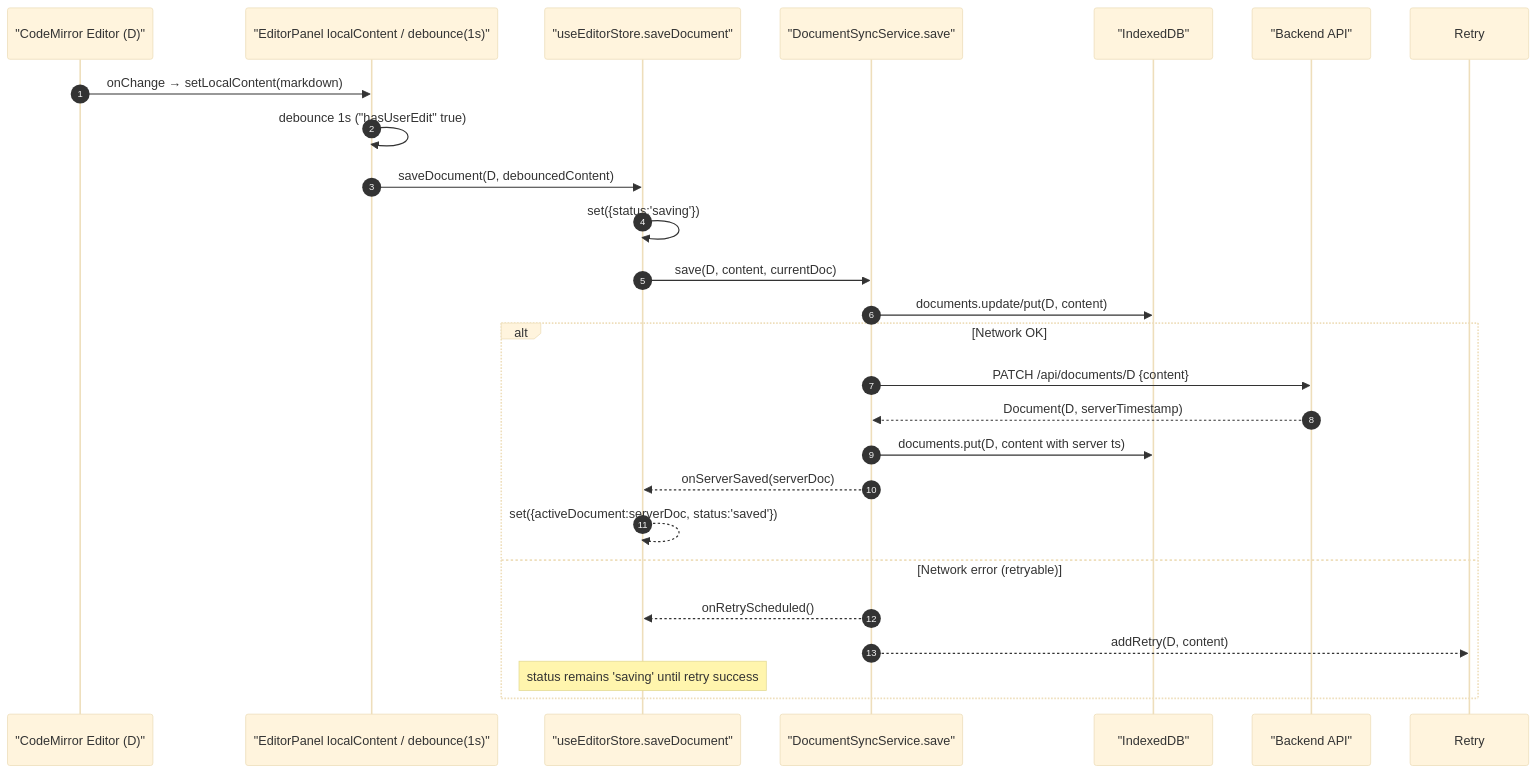
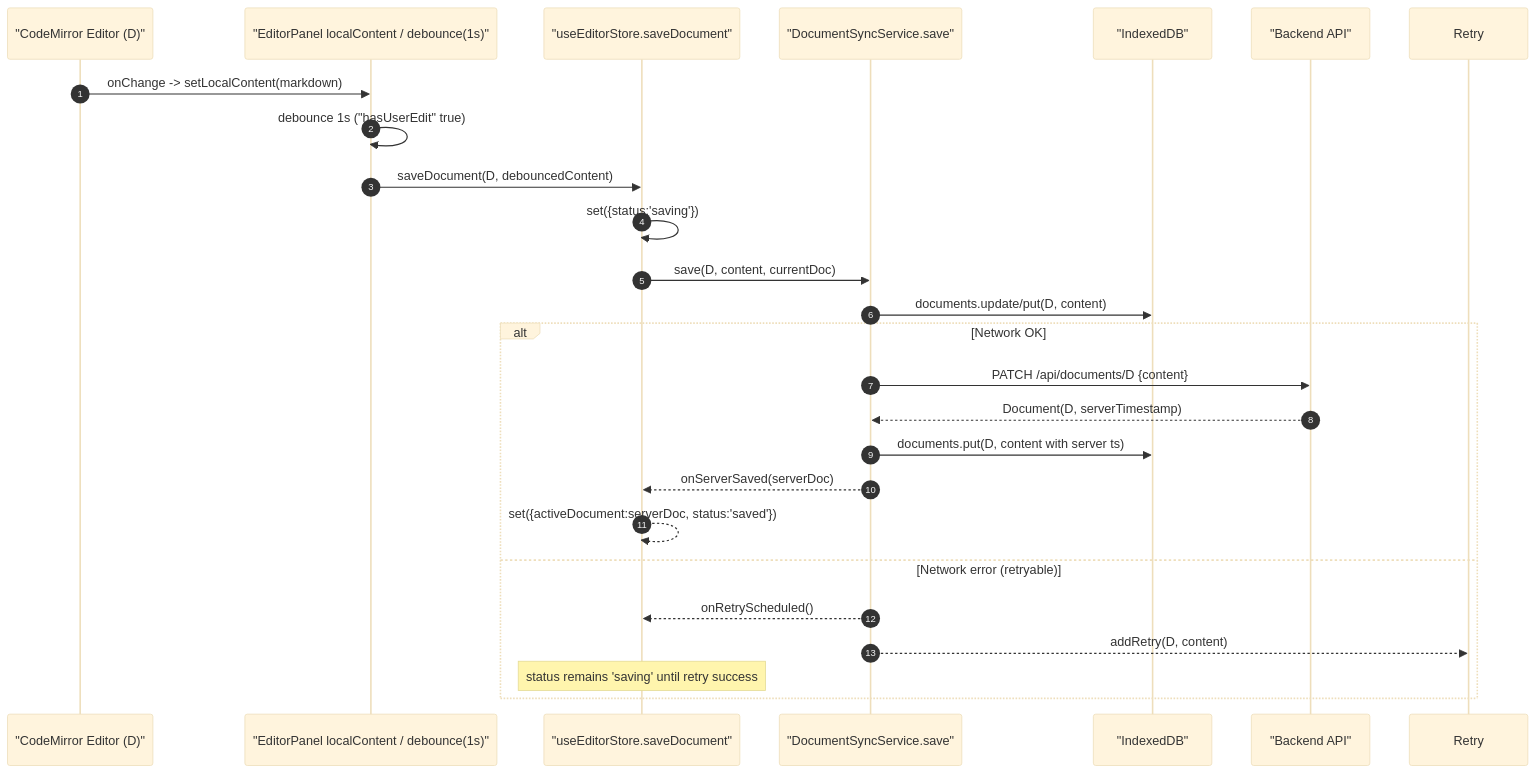
One commit to haowjy/meridian-flow changed the second of 5 diagrams in _docs/technical/frontend/editor-caching.md. Above: the diagram before and after it, drawn with Mermaid (base theme). The commit also changed other lines of this file and 132 other files, not shown here.

````diff
--- a/_docs/technical/frontend/editor-caching.md
+++ b/_docs/technical/frontend/editor-caching.md
@@ -67,28 +67,28 @@
 ```mermaid
 sequenceDiagram
     autonumber
     participant Editor as "CodeMirror Editor (D)"
     participant Panel as "EditorPanel localContent / debounce(1s)"
     participant Store as "useEditorStore.saveDocument"
     participant Service as "DocumentSyncService.save"
     participant IDB as "IndexedDB"
     participant API as "Backend API"
 
-    Editor->>Panel: onChange → setLocalContent(markdown)
+    Editor->>Panel: onChange -> setLocalContent(markdown)
     Panel->>Panel: debounce 1s ("hasUserEdit" true)
     Panel->>Store: saveDocument(D, debouncedContent)
     Store->>Store: set({status:'saving'})
     Store->>Service: save(D, content, currentDoc)
     Service->>IDB: documents.update/put(D, content)
     alt Network OK
         Service->>API: PATCH /api/documents/D {content}
         API-->>Service: Document(D, serverTimestamp)
         Service->>IDB: documents.put(D, content with server ts)
         Service-->>Store: onServerSaved(serverDoc)
         Store-->>Store: set({activeDocument:serverDoc, status:'saved'})
     else Network error (retryable)
         Service-->>Store: onRetryScheduled()
         Service-->>Retry: addRetry(D, content)
         Note over Store: status remains 'saving' until retry success
     end
 ```
````
